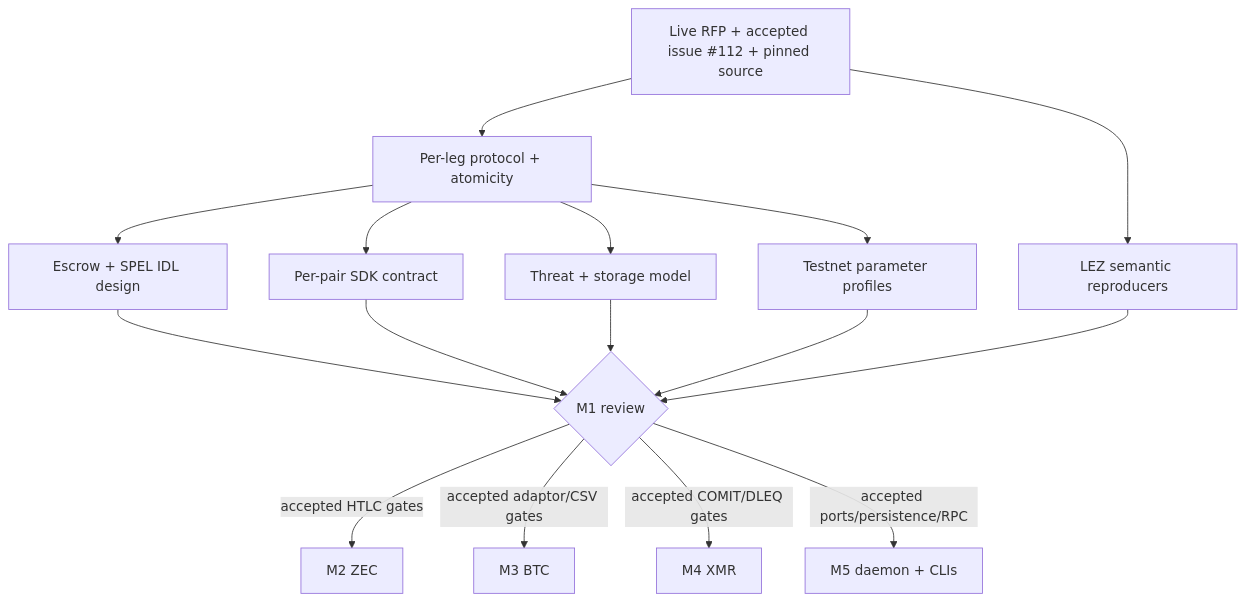
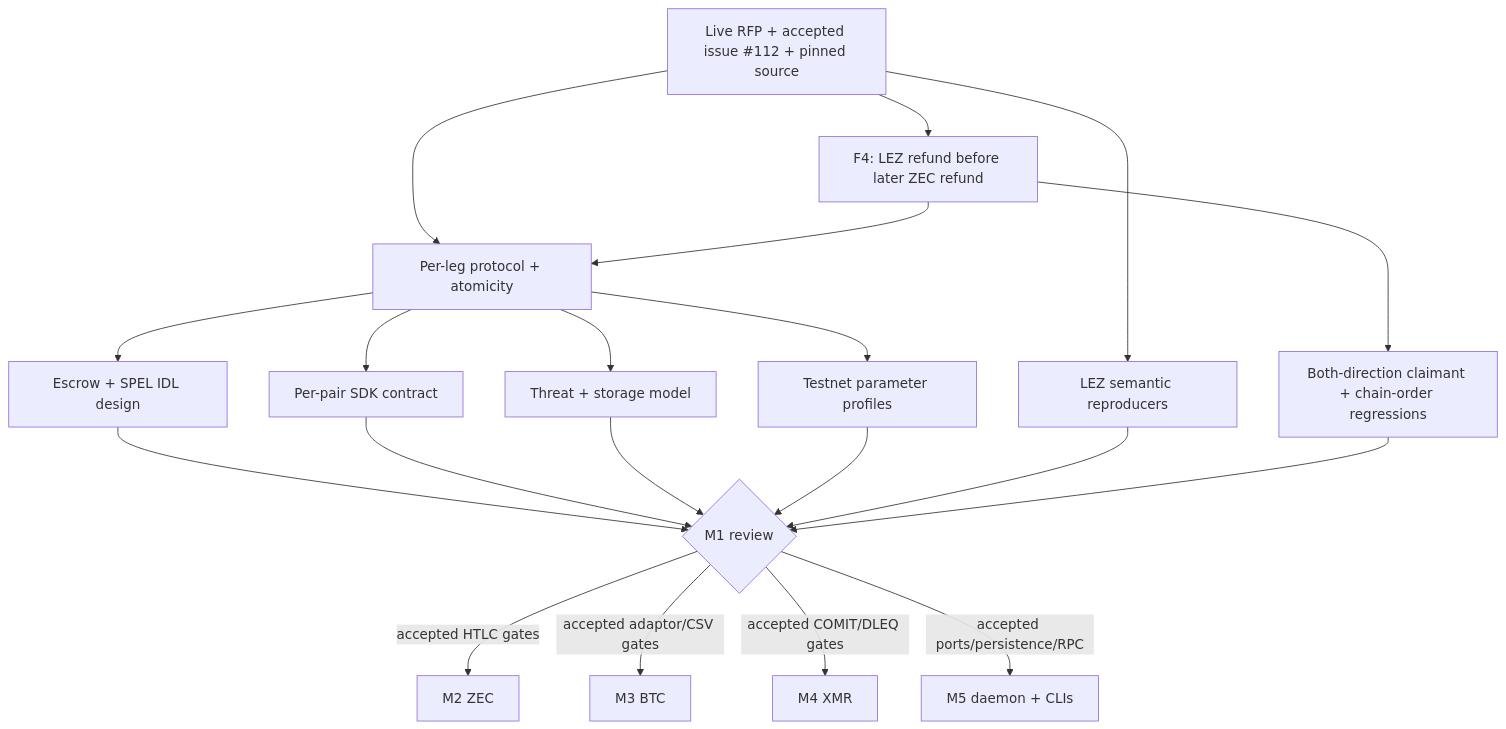
The diagram in docs/milestone-1/review.md (gateway-fm/lez-atomic-swaps), drawn with Mermaid before and after one commit. The commit also changed other lines of this file and 18 other files, not shown here.

Commit message:
fix: enforce RFP ZEC chain ordering

````diff
--- a/docs/milestone-1/review.md
+++ b/docs/milestone-1/review.md
@@ -5,18 +6,22 @@
 ```mermaid
 flowchart TB
     Truth["Live RFP + accepted issue #112 + pinned source"] --> Protocol["Per-leg protocol + atomicity"]
     Truth --> LEZ["LEZ semantic reproducers"]
+    Truth --> F4["F4: LEZ refund before later ZEC refund"]
+    F4 --> Protocol
+    F4 --> ZecTests["Both-direction claimant + chain-order regressions"]
     Protocol --> Escrow["Escrow + SPEL IDL design"]
     Protocol --> SDK["Per-pair SDK contract"]
     Protocol --> Threat["Threat + storage model"]
     Protocol --> Params["Testnet parameter profiles"]
     Escrow --> Review{"M1 review"}
     SDK --> Review
     Threat --> Review
     Params --> Review
     LEZ --> Review
+    ZecTests --> Review
     Review -->|accepted HTLC gates| M2["M2 ZEC"]
     Review -->|accepted adaptor/CSV gates| M3["M3 BTC"]
     Review -->|accepted COMIT/DLEQ gates| M4["M4 XMR"]
     Review -->|accepted ports/persistence/RPC| M5["M5 daemon + CLIs"]
 ```
````
